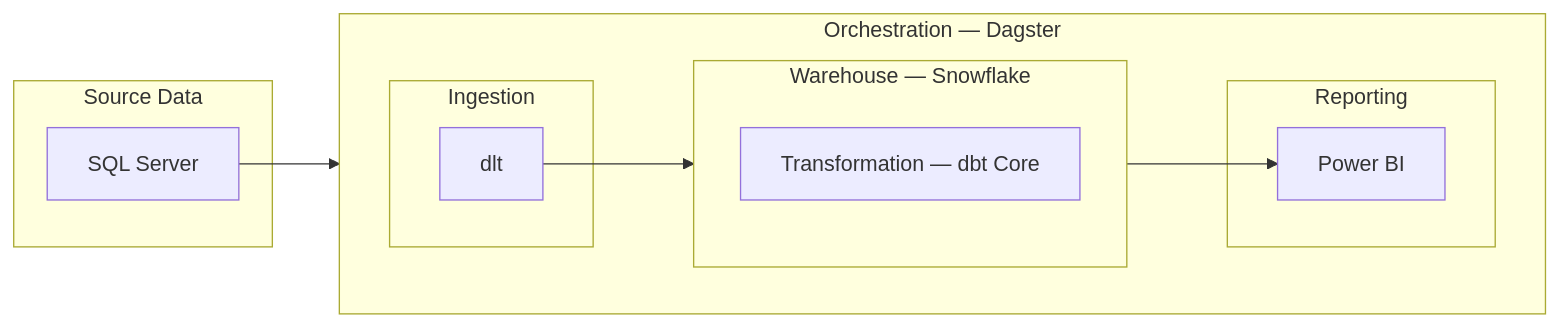
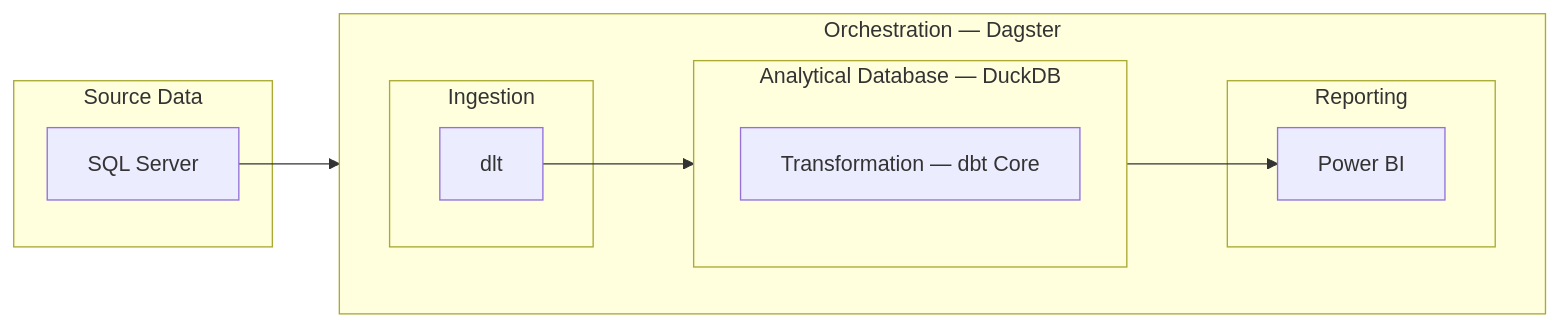
Before and after one commit to Taidung/ecommerce-data-modeling: the diagram in README.md, drawn with Mermaid. The commit also changed other lines of this file, not shown here.

````diff
--- a/README.md
+++ b/README.md
@@ -59,21 +59,21 @@
 ```mermaid
 flowchart LR
     subgraph SOURCE["Source Data"]
         SQL["SQL Server"]
     end
     subgraph ORCHESTRATION["Orchestration — Dagster"]
         direction LR
         subgraph INGESTION["Ingestion"]
             DLT["dlt"]
         end
-        subgraph WAREHOUSE["Warehouse — Snowflake"]
+        subgraph WAREHOUSE["Analytical Database — DuckDB"]
             DBT["Transformation — dbt Core"]
         end
         subgraph REPORTING["Reporting"]
             BI["Power BI"]
         end
         DLT --> WAREHOUSE
         WAREHOUSE --> BI
     end
     SQL --> DLT
 ```
````
